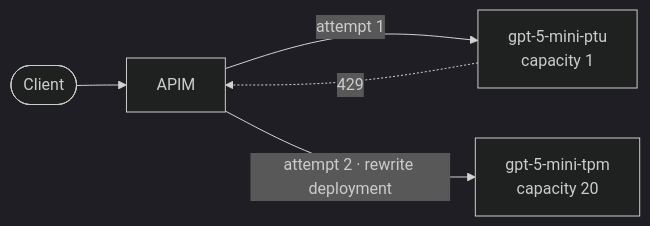
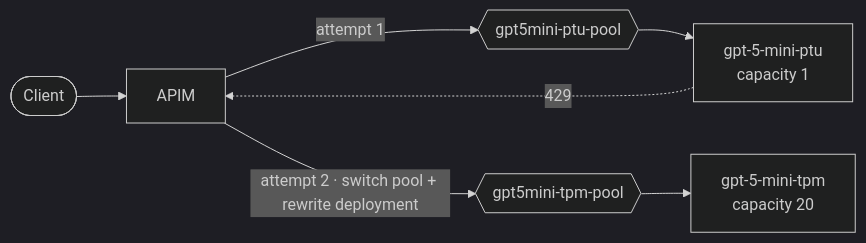
One commit to chrye/model-routing changed the second of 3 diagrams in Part 2-PTU-to-TPM-Failover-Options.md. Above: the diagram before and after it, drawn with Mermaid (dark theme). The commit also changed other lines of this file and 5 other files, not shown here.

Commit message:
updated PTU to TPM failover scenarios, cleaned up code, backend pool settings etc

````diff
--- a/Part 2-PTU-to-TPM-Failover-Options.md
+++ b/Part 2-PTU-to-TPM-Failover-Options.md
@@ -55,7 +78,9 @@
 ```mermaid
 flowchart LR
     c([Client]) --> apim[APIM]
-    apim -->|attempt 1| ptu["gpt-5-mini-ptu<br/>capacity 1"]
+    apim -->|attempt 1| pp{{gpt5mini-ptu-pool}}
+    pp --> ptu["gpt-5-mini-ptu<br/>capacity 1"]
     ptu -.->|429| apim
-    apim -->|attempt 2 · rewrite deployment| tpm["gpt-5-mini-tpm<br/>capacity 20"]
+    apim -->|attempt 2 · switch pool + rewrite deployment| tp{{gpt5mini-tpm-pool}}
+    tp --> tpm["gpt-5-mini-tpm<br/>capacity 20"]
 ```
````
